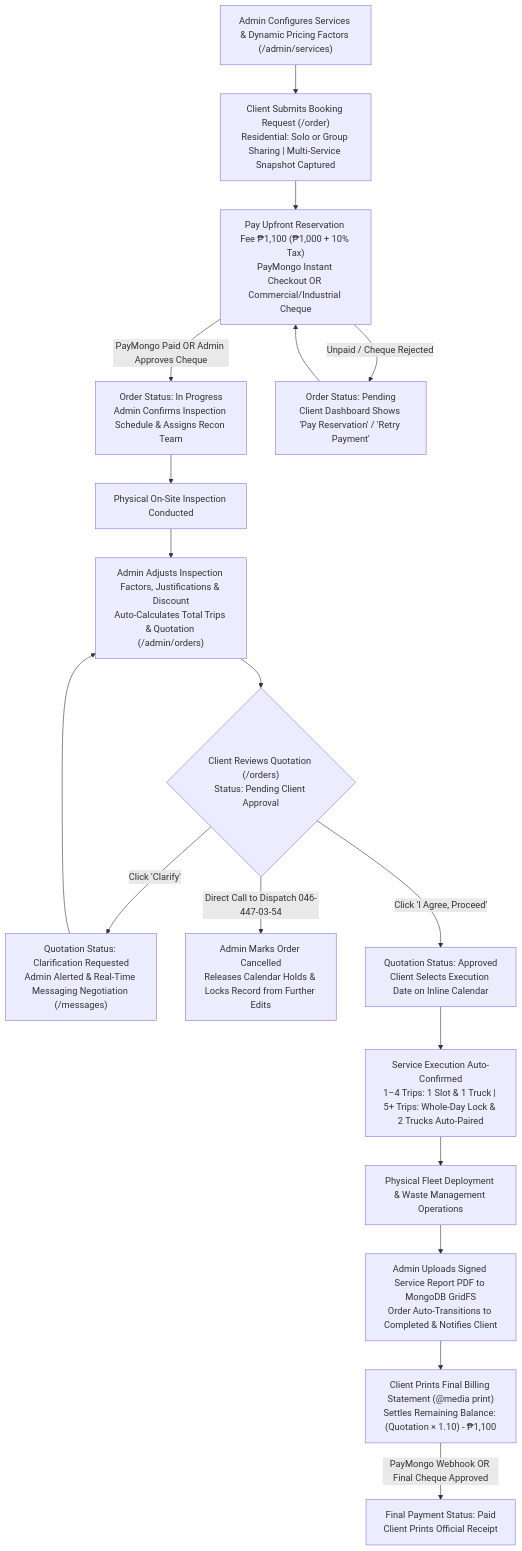
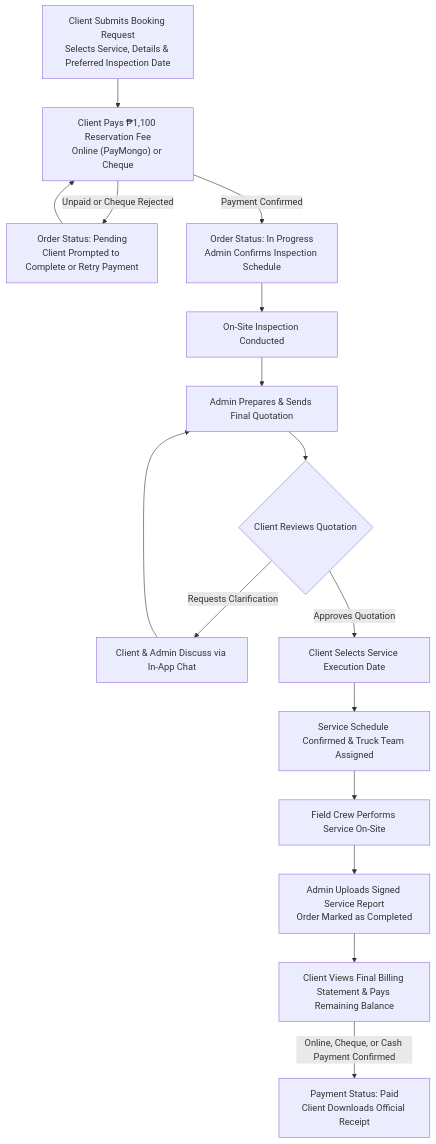
The diagram in SERVICE_OPERATION_FLOW.md (tylertakeswalls/Cleaneco), drawn with Mermaid before and after one commit.

Commit message:
docs: simplify operational flowchart in SERVICE_OPERATION_FLOW.md for system demo

````diff
--- a/SERVICE_OPERATION_FLOW.md
+++ b/SERVICE_OPERATION_FLOW.md
@@ -9,20 +9,18 @@
 ```mermaid
 flowchart TD
-    S0["Admin Configures Services & Dynamic Pricing Factors (/admin/services)"] --> A
-    A["Client Submits Booking Request (/order)<br/>Residential: Solo or Group Sharing | Multi-Service Snapshot Captured"] --> B["Pay Upfront Reservation Fee ₱1,100 (₱1,000 + 10% Tax)<br/>PayMongo Instant Checkout OR Commercial/Industrial Cheque"]
-    B -->|PayMongo Paid OR Admin Approves Cheque| C["Order Status: In Progress<br/>Admin Confirms Inspection Schedule & Assigns Recon Team"]
-    B -->|Unpaid / Cheque Rejected| B1["Order Status: Pending<br/>Client Dashboard Shows 'Pay Reservation' / 'Retry Payment'"]
+    A["Client Submits Booking Request<br/>Selects Service, Details & Preferred Inspection Date"] --> B["Client Pays ₱1,100 Reservation Fee<br/>Online (PayMongo) or Cheque"]
+    B -->|Unpaid or Cheque Rejected| B1["Order Status: Pending<br/>Client Prompted to Complete or Retry Payment"]
     B1 --> B
-    C --> D["Physical On-Site Inspection Conducted"]
-    D --> E["Admin Adjusts Inspection Factors, Justifications & Discount<br/>Auto-Calculates Total Trips & Quotation (/admin/orders)"]
-    E --> F{"Client Reviews Quotation (/orders)<br/>Status: Pending Client Approval"}
-    F -->|Click 'Clarify'| G["Quotation Status: Clarification Requested<br/>Admin Alerted & Real-Time Messaging Negotiation (/messages)"]
+    B -->|Payment Confirmed| C["Order Status: In Progress<br/>Admin Confirms Inspection Schedule"]
+    C --> D["On-Site Inspection Conducted"]
+    D --> E["Admin Prepares & Sends Final Quotation"]
+    E --> F{"Client Reviews Quotation"}
+    F -->|Requests Clarification| G["Client & Admin Discuss via In-App Chat"]
     G --> E
-    F -->|Direct Call to Dispatch 046-447-03-54| H["Admin Marks Order Cancelled<br/>Releases Calendar Holds & Locks Record from Further Edits"]
-    F -->|Click 'I Agree, Proceed'| I["Quotation Status: Approved<br/>Client Selects Execution Date on Inline Calendar"]
-    I --> J["Service Execution Auto-Confirmed<br/>1–4 Trips: 1 Slot & 1 Truck | 5+ Trips: Whole-Day Lock & 2 Trucks Auto-Paired"]
-    J --> K["Physical Fleet Deployment & Waste Management Operations"]
-    K --> L["Admin Uploads Signed Service Report PDF to MongoDB GridFS<br/>Order Auto-Transitions to Completed & Notifies Client"]
-    L --> M["Client Prints Final Billing Statement (@media print)<br/>Settles Remaining Balance: (Quotation × 1.10) - ₱1,100"]
-    M -->|PayMongo Webhook OR Final Cheque Approved| N["Final Payment Status: Paid<br/>Client Prints Official Receipt"]
+    F -->|Approves Quotation| I["Client Selects Service Execution Date"]
+    I --> J["Service Schedule Confirmed & Truck Team Assigned"]
+    J --> K["Field Crew Performs Service On-Site"]
+    K --> L["Admin Uploads Signed Service Report<br/>Order Marked as Completed"]
+    L --> M["Client Views Final Billing Statement & Pays Remaining Balance"]
+    M -->|Online, Cheque, or Cash Payment Confirmed| N["Payment Status: Paid<br/>Client Downloads Official Receipt"]
 ```
````
